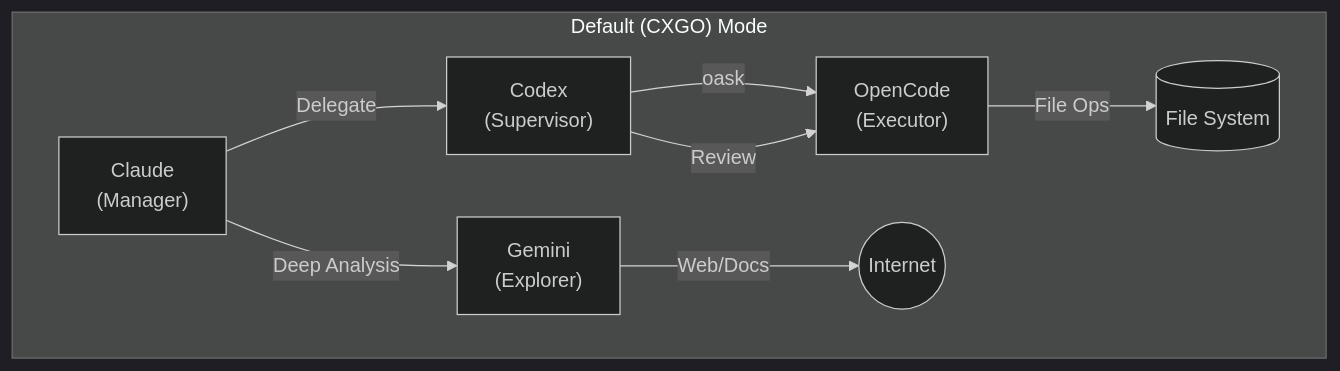
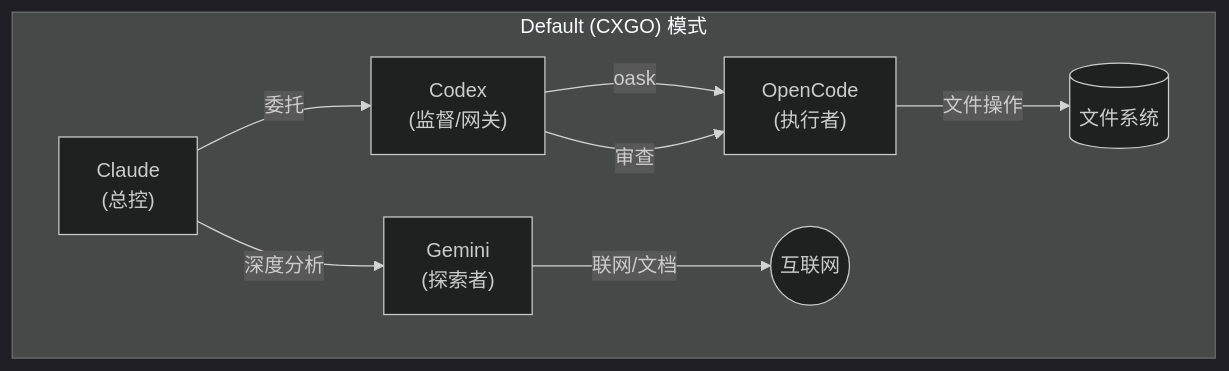
One commit to bfly123/claude_code_autoflow changed the first of 2 diagrams in README_zh.md. Above: the diagram before and after it, drawn with Mermaid (dark theme). The commit also changed other lines of this file, not shown here.

Commit message:
docs: translate mermaid diagrams to Chinese in README_zh.md

````diff
--- a/README_zh.md
+++ b/README_zh.md
@@ -180,13 +180,13 @@
 ```mermaid
 flowchart TD
-    subgraph "Default (CXGO) Mode"
-        C["Claude<br/>(Manager)"] -->|Delegate| CX["Codex<br/>(Supervisor)"]
-        C -->|Deep Analysis| G["Gemini<br/>(Explorer)"]
+    subgraph "Default (CXGO) 模式"
+        C["Claude<br/>(总控)"] -->|委托| CX["Codex<br/>(监督/网关)"]
+        C -->|深度分析| G["Gemini<br/>(探索者)"]
         
-        CX -->|oask| OC["OpenCode<br/>(Executor)"]
-        OC -->|File Ops| FS[("File System")]
-        CX -->|Review| OC
+        CX -->|oask| OC["OpenCode<br/>(执行者)"]
+        OC -->|文件操作| FS[("文件系统")]
+        CX -->|审查| OC
         
-        G -->|Web/Docs| W(("Internet"))
+        G -->|联网/文档| W(("互联网"))
     end
 ```
````
